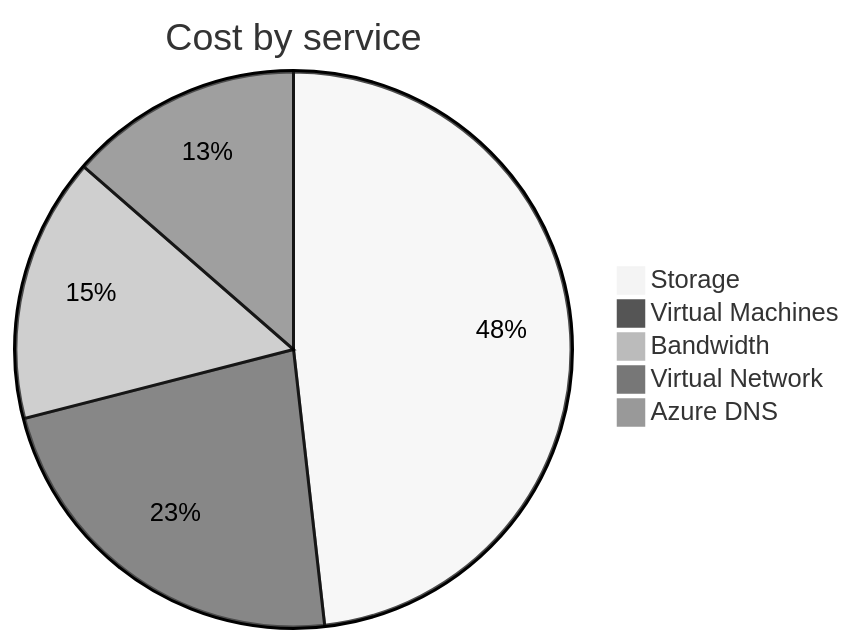
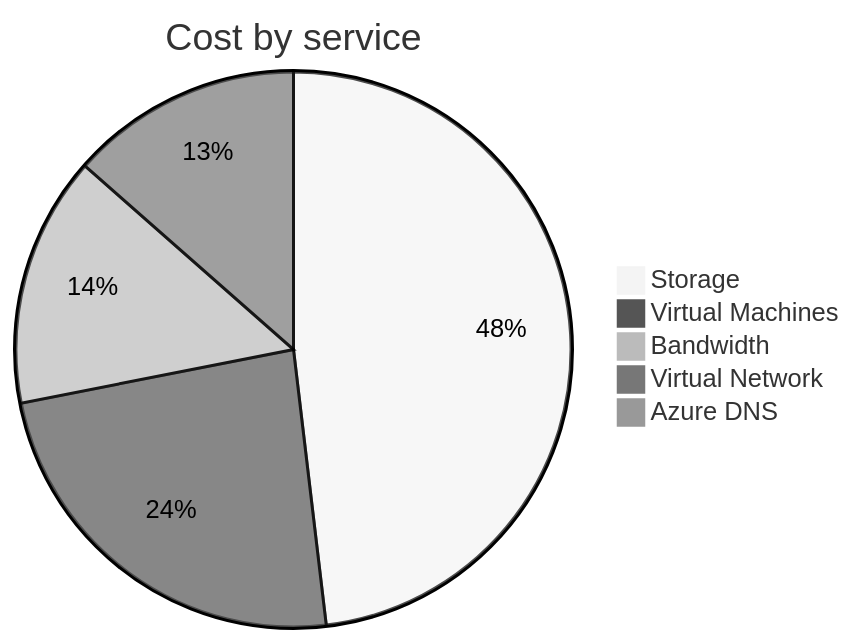
One commit to jpfulton/azure-personal-reports changed the second of 4 diagrams in cost-reports/personal-network/README.md. Above: the diagram before and after it, drawn with Mermaid (neutral theme). The commit also changed other lines of this file and 8 other files, not shown here.

````diff
--- a/cost-reports/personal-network/README.md
+++ b/cost-reports/personal-network/README.md
@@ -99,9 +99,9 @@
 ```mermaid
 pie
    title Cost by service
-   "Storage" : 8.48
-   "Virtual Machines" : 4.01
+   "Storage" : 8.94
+   "Virtual Machines" : 4.42
    "Bandwidth" : 2.71
-   "Virtual Network" : 2.39
-   "Azure DNS" : 0.16
+   "Virtual Network" : 2.51
+   "Azure DNS" : 0.17
 ```
````
